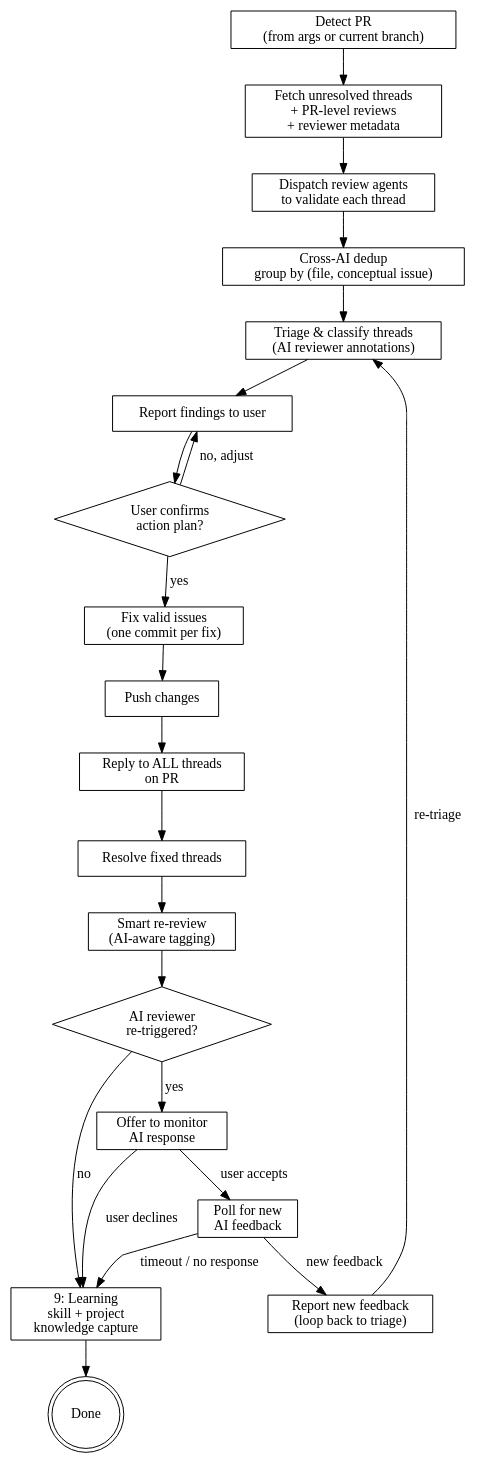
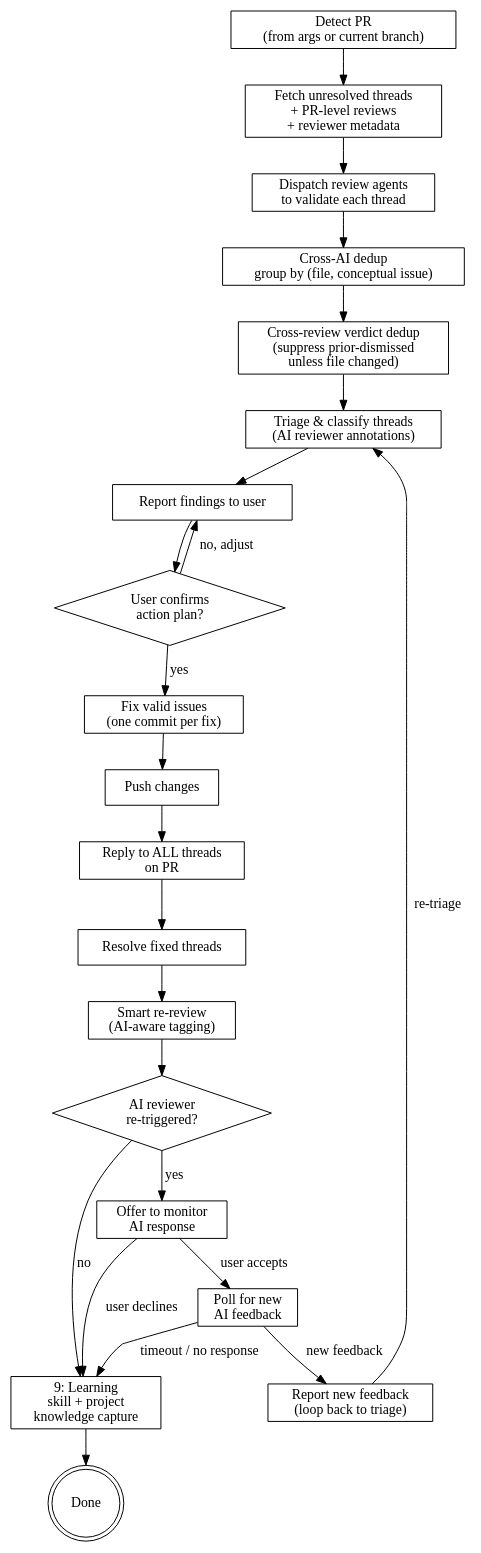
The diagram in kc-pr-flow/skills/kc-pr-review-resolve/SKILL.md (iamcxa/kc-claude-plugins), drawn with Graphviz before and after one commit. The commit also changed other lines of this file and 2 other files, not shown here.

First line of the commit message:
feat(kc-pr-flow): add Step 3.6 cross-review verdict persistence in pr-review-resolve

````diff
--- a/kc-pr-flow/skills/kc-pr-review-resolve/SKILL.md
+++ b/kc-pr-flow/skills/kc-pr-review-resolve/SKILL.md
@@ -12,52 +12,53 @@
 ```dot
 digraph resolve_pr {
   rankdir=TB;
   node [shape=box];
 
   detect [label="Detect PR\n(from args or current branch)"];
   fetch [label="Fetch unresolved threads\n+ PR-level reviews\n+ reviewer metadata"];
   validate [label="Dispatch review agents\nto validate each thread"];
   dedup [label="Cross-AI dedup\ngroup by (file, conceptual issue)"];
+  verdict_dedup [label="Cross-review verdict dedup\n(suppress prior-dismissed\nunless file changed)"];
   triage [label="Triage & classify threads\n(AI reviewer annotations)"];
   report [label="Report findings to user"];
 
   node [shape=diamond];
   confirm [label="User confirms\naction plan?"];
 
   node [shape=box];
   fix [label="Fix valid issues\n(one commit per fix)"];
   push [label="Push changes"];
   reply [label="Reply to ALL threads\non PR"];
   resolve_threads [label="Resolve fixed threads"];
   rereview [label="Smart re-review\n(AI-aware tagging)"];
 
-  detect -> fetch -> validate -> dedup -> triage -> report -> confirm;
+  detect -> fetch -> validate -> dedup -> verdict_dedup -> triage -> report -> confirm;
   confirm -> fix [label="yes"];
   confirm -> report [label="no, adjust"];
   fix -> push -> reply -> resolve_threads -> rereview;
 
   node [shape=diamond];
   has_ai [label="AI reviewer\nre-triggered?"];
 
   node [shape=box];
   offer_monitor [label="Offer to monitor\nAI response"];
   monitor [label="Poll for new\nAI feedback"];
   report_new [label="Report new feedback\n(loop back to triage)"];
 
   learning [label="9: Learning\nskill + project\nknowledge capture"];
 
   node [shape=doublecircle];
   end_node [label="Done"];
 
   rereview -> has_ai;
   has_ai -> offer_monitor [label="yes"];
   has_ai -> learning [label="no"];
 
   offer_monitor -> monitor [label="user accepts"];
   offer_monitor -> learning [label="user declines"];
   monitor -> report_new [label="new feedback"];
   monitor -> learning [label="timeout / no response"];
   report_new -> triage [label="re-triage"];
   learning -> end_node;
 }
 ```
````
